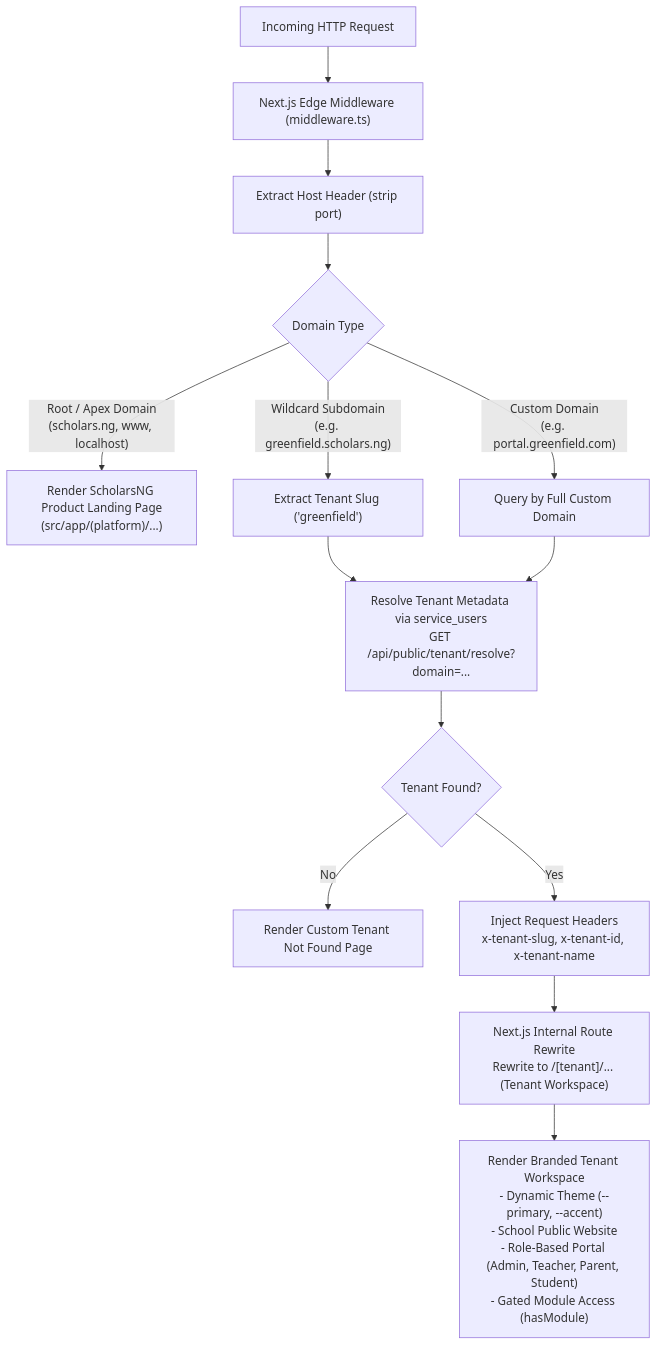
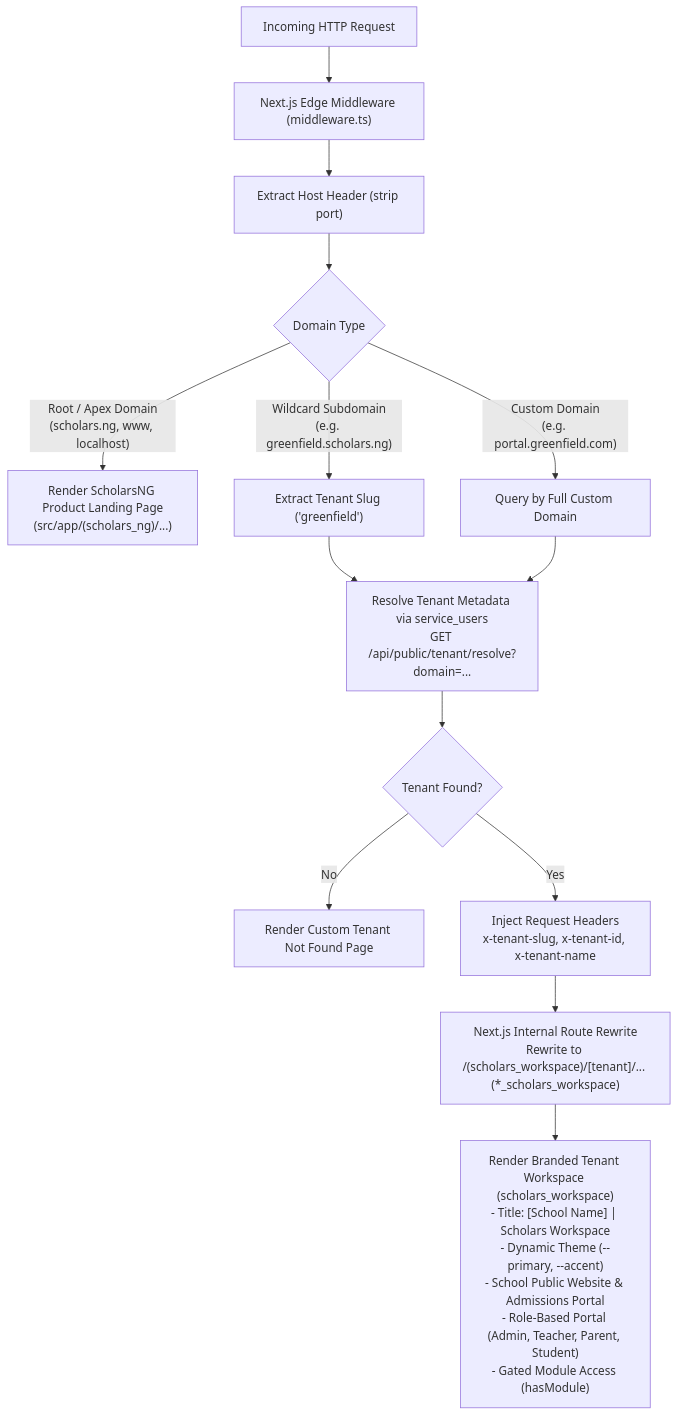
One commit to ifeanyireed/resultspro-suite changed the second of 2 diagrams in blueprint.md. Above: the diagram before and after it, drawn with Mermaid. The commit also changed other lines of this file, not shown here.

Commit message:
docs(blueprint): standardize scholars_ng for landing directory and scholars_workspace for tenant workspaces

````diff
--- a/blueprint.md
+++ b/blueprint.md
@@ -598,21 +598,21 @@
 ```mermaid
 flowchart TD
     REQ["Incoming HTTP Request"] --> MW["Next.js Edge Middleware (middleware.ts)"]
     MW --> EXTRACT["Extract Host Header (strip port)"]
     EXTRACT --> CHECK{"Domain Type"}
 
-    CHECK -- "Root / Apex Domain<br>(scholars.ng, www, localhost)" --> APEX["Render ScholarsNG Product Landing Page<br>(src/app/(platform)/...)"]
+    CHECK -- "Root / Apex Domain<br>(scholars.ng, www, localhost)" --> APEX["Render ScholarsNG Product Landing Page<br>(src/app/(scholars_ng)/...)"]
     
     CHECK -- "Wildcard Subdomain<br>(e.g. greenfield.scholars.ng)" --> SUBDOMAIN["Extract Tenant Slug ('greenfield')"]
     CHECK -- "Custom Domain<br>(e.g. portal.greenfield.com)" --> CUSTOM["Query by Full Custom Domain"]
 
     SUBDOMAIN --> RESOLVE["Resolve Tenant Metadata via service_users<br>GET /api/public/tenant/resolve?domain=..."]
     CUSTOM --> RESOLVE
 
     RESOLVE --> FOUND{"Tenant Found?"}
     FOUND -- No --> NOTFOUND["Render Custom Tenant Not Found Page"]
     FOUND -- Yes --> INJECT["Inject Request Headers<br>x-tenant-slug, x-tenant-id, x-tenant-name"]
-    INJECT --> REWRITE["Next.js Internal Route Rewrite<br>Rewrite to /[tenant]/... (Tenant Workspace)"]
+    INJECT --> REWRITE["Next.js Internal Route Rewrite<br>Rewrite to /(scholars_workspace)/[tenant]/... (*_scholars_workspace)"]
     
-    REWRITE --> WORKSPACE["Render Branded Tenant Workspace<br>- Dynamic Theme (--primary, --accent)<br>- School Public Website<br>- Role-Based Portal (Admin, Teacher, Parent, Student)<br>- Gated Module Access (hasModule)"]
+    REWRITE --> WORKSPACE["Render Branded Tenant Workspace (scholars_workspace)<br>- Title: [School Name] | Scholars Workspace<br>- Dynamic Theme (--primary, --accent)<br>- School Public Website & Admissions Portal<br>- Role-Based Portal (Admin, Teacher, Parent, Student)<br>- Gated Module Access (hasModule)"]
 ```
````
